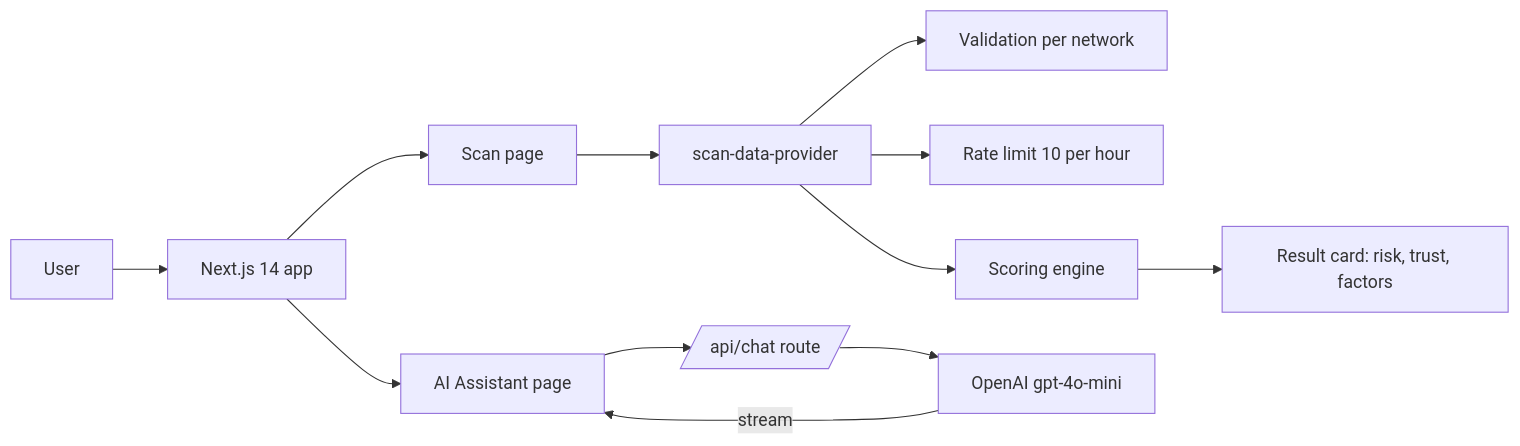
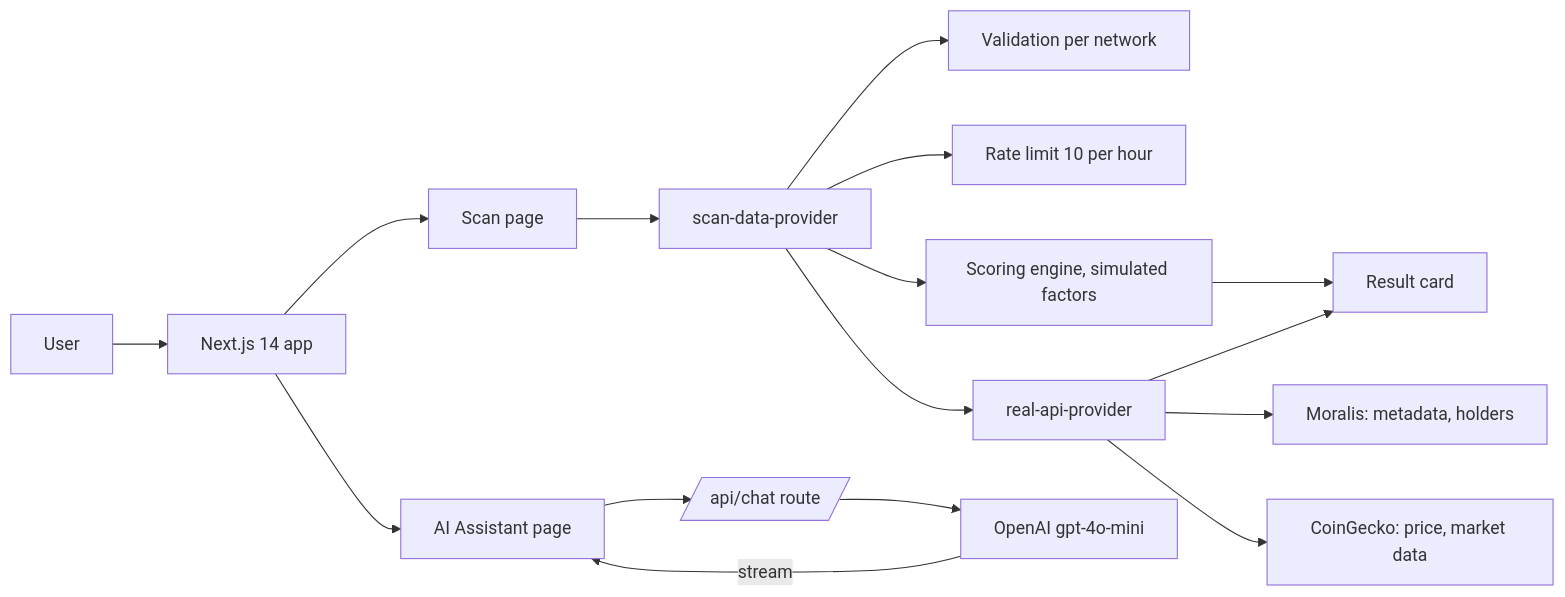
The first of 2 diagrams in README.md (Godblessmylife/Token-EYE), drawn with Mermaid before and after one commit. The commit also changed other lines of this file, not shown here.

First line of the commit message:
Revise README for token data and API updates

````diff
--- a/README.md
+++ b/README.md
@@ -19,14 +22,18 @@
 ```mermaid
 flowchart LR
     U[User] --> UI[Next.js 14 app]
     UI --> S[Scan page]
     UI --> A[AI Assistant page]
     S --> P[scan-data-provider]
     P --> V[Validation per network]
     P --> R[Rate limit 10 per hour]
-    P --> M[Scoring engine]
-    M --> C[Result card: risk, trust, factors]
+    P --> M[Scoring engine, simulated factors]
+    P --> T[real-api-provider]
+    T --> MO[Moralis: metadata, holders]
+    T --> CG[CoinGecko: price, market data]
+    M --> C[Result card]
+    T --> C
     A --> API[/api/chat route/]
     API --> O[OpenAI gpt-4o-mini]
     O -->|stream| A
 ```
````
